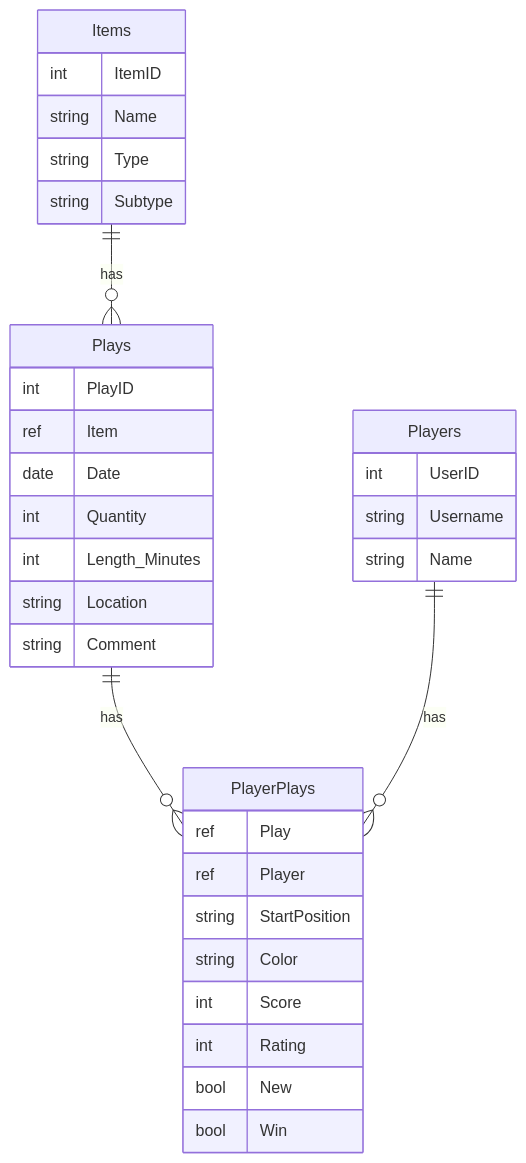
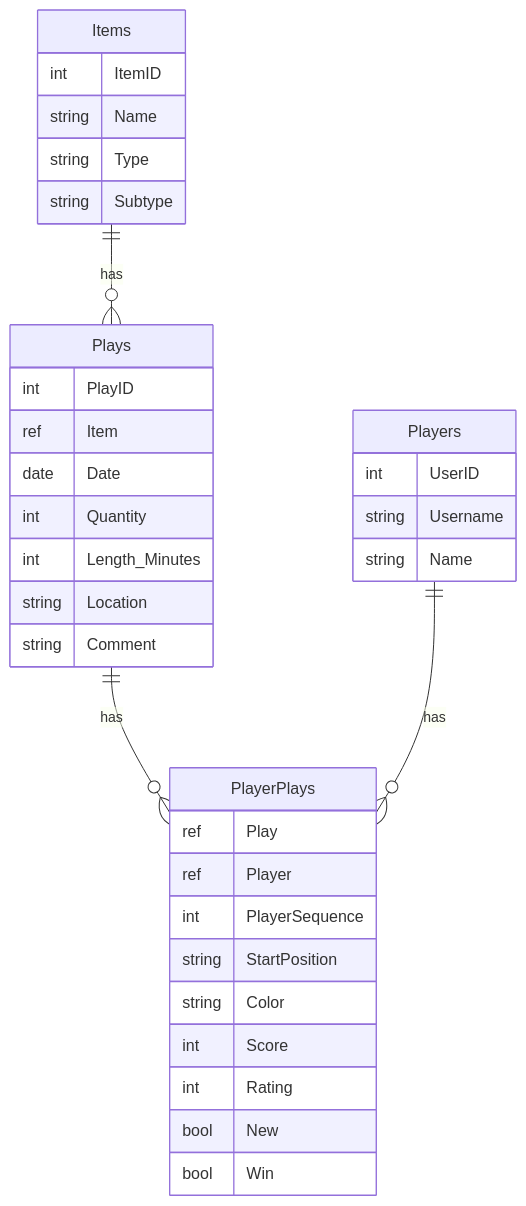
Before and after one commit to pedorich-n/geekdo-sync: the diagram in grist/README.md, drawn with Mermaid. The commit also changed 3 other files, not shown here.

````diff
--- a/grist/README.md
+++ b/grist/README.md
@@ -3,40 +3,41 @@
 ```mermaid
 erDiagram
     Items {
         int ItemID
         string Name
         string Type
         string Subtype
     }
 
     Players {
         int UserID
         string Username
         string Name
     }
 
     Plays {
         int PlayID
         ref Item
         date Date
         int Quantity
         int Length_Minutes
         string Location
         string Comment
     }
 
     PlayerPlays {
         ref Play
         ref Player
+        int PlayerSequence
         string StartPosition
         string Color
         int Score
         int Rating
         bool New
         bool Win
     }
 
     Items ||--o{ Plays : "has"
     Plays ||--o{ PlayerPlays : "has"
     Players ||--o{ PlayerPlays : "has"
 ```
````
